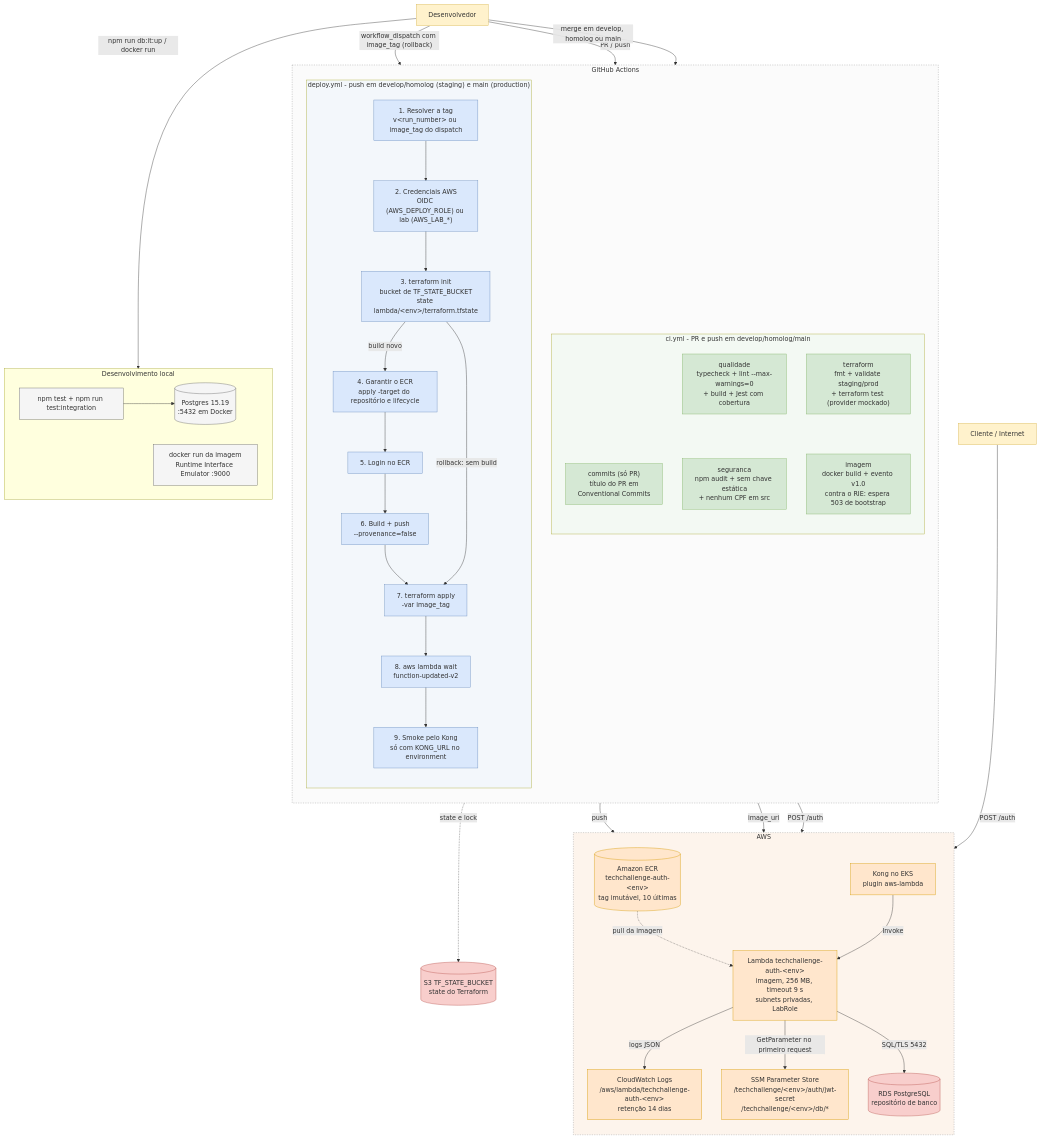
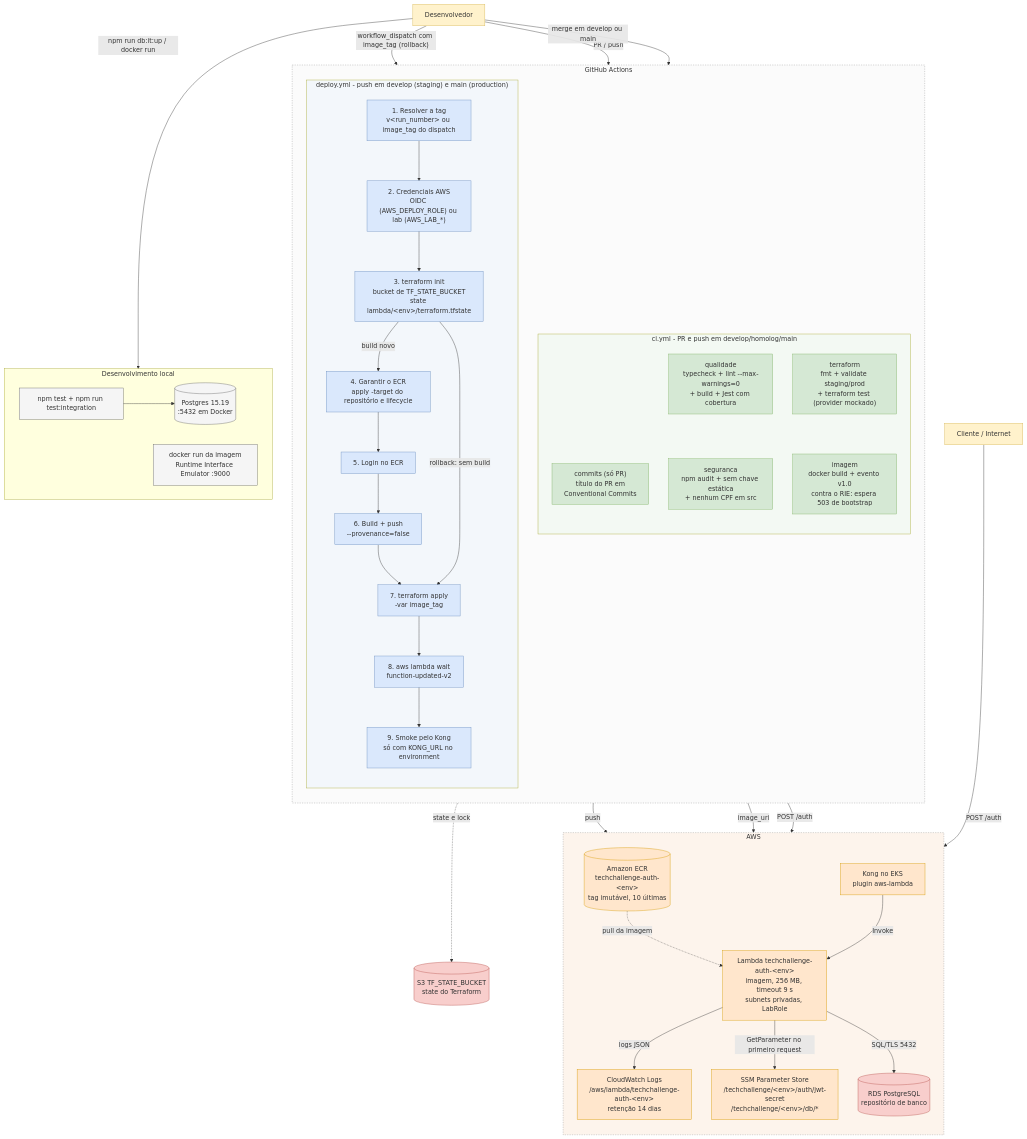
One commit to DevKaue/TechChallange---Function-Serverless changed the diagram in docs/diagrams/03-fluxo-deploy.mmd. Above: the diagram before and after it, drawn with Mermaid. The commit also changed 5 other files, not shown here.

Commit message:
ci: tira a homolog do deploy de staging

```diff
--- a/docs/diagrams/03-fluxo-deploy.mmd
+++ b/docs/diagrams/03-fluxo-deploy.mmd
@@ -1,92 +1,92 @@
 graph TB
     classDef gh fill:#fff2cc,stroke:#d6b656
     classDef ci fill:#d5e8d4,stroke:#82b366
     classDef deploy fill:#dae8fc,stroke:#6c8ebf
     classDef aws fill:#ffe6cc,stroke:#d79b00
     classDef data fill:#f8cecc,stroke:#b85450
     classDef local fill:#f5f5f5,stroke:#666
 
     DEV["Desenvolvedor"]
     CLIENTE["Cliente / Internet"]
 
     subgraph GitHubActions["GitHub Actions"]
         direction TB
 
         subgraph CI["ci.yml - PR e push em develop/homolog/main"]
             direction TB
             C1["commits (só PR)<br/>título do PR em<br/>Conventional Commits"]
             C2["qualidade<br/>typecheck + lint --max-warnings=0<br/>+ build + Jest com cobertura"]
             C3["seguranca<br/>npm audit + sem chave estática<br/>+ nenhum CPF em src"]
             C4["terraform<br/>fmt + validate staging/prod<br/>+ terraform test (provider mockado)"]
             C5["imagem<br/>docker build + evento v1.0<br/>contra o RIE: espera 503 de bootstrap"]
         end
 
-        subgraph DEPLOY["deploy.yml - push em develop/homolog (staging) e main (production)"]
+        subgraph DEPLOY["deploy.yml - push em develop (staging) e main (production)"]
             direction TB
             D1["1. Resolver a tag<br/>v&lt;run_number&gt; ou image_tag do dispatch"]
             D2["2. Credenciais AWS<br/>OIDC (AWS_DEPLOY_ROLE) ou lab (AWS_LAB_*)"]
             D3["3. terraform init<br/>bucket de TF_STATE_BUCKET<br/>state lambda/&lt;env&gt;/terraform.tfstate"]
             D4["4. Garantir o ECR<br/>apply -target do repositório e lifecycle"]
             D5["5. Login no ECR"]
             D6["6. Build + push<br/>--provenance=false"]
             D7["7. terraform apply<br/>-var image_tag"]
             D8["8. aws lambda wait<br/>function-updated-v2"]
             D9["9. Smoke pelo Kong<br/>só com KONG_URL no environment"]
         end
     end
 
     subgraph AWS["AWS"]
         direction TB
         ECR[("Amazon ECR<br/>techchallenge-auth-&lt;env&gt;<br/>tag imutável, 10 últimas")]
         FN["Lambda techchallenge-auth-&lt;env&gt;<br/>imagem, 256 MB, timeout 9 s<br/>subnets privadas, LabRole"]
         LOGS["CloudWatch Logs<br/>/aws/lambda/techchallenge-auth-&lt;env&gt;<br/>retenção 14 dias"]
         SSM["SSM Parameter Store<br/>/techchallenge/&lt;env&gt;/auth/jwt-secret<br/>/techchallenge/&lt;env&gt;/db/*"]
         KONG["Kong no EKS<br/>plugin aws-lambda"]
         RDS[("RDS PostgreSQL<br/>repositório de banco")]
     end
 
     S3[("S3 TF_STATE_BUCKET<br/>state do Terraform")]
 
     subgraph LOCAL["Desenvolvimento local"]
         LT["npm test + npm run test:integration"]
         LDB[("Postgres 15.19<br/>:5432 em Docker")]
         RIE["docker run da imagem<br/>Runtime Interface Emulator :9000"]
     end
 
     DEV -->|"PR / push"| CI
-    DEV -->|"merge em develop, homolog ou main"| DEPLOY
+    DEV -->|"merge em develop ou main"| DEPLOY
     DEV -->|"workflow_dispatch com image_tag (rollback)"| D1
 
     C2 ~~~ C3
     C4 ~~~ C5
 
     D1 --> D2 --> D3
     D3 -->|"build novo"| D4 --> D5 --> D6 --> D7
     D3 -->|"rollback: sem build"| D7
     D7 --> D8 --> D9
 
     D3 -.->|"state e lock"| S3
     D6 -->|"push"| ECR
     D7 -->|"image_uri"| FN
     ECR -.->|"pull da imagem"| FN
     FN -->|"logs JSON"| LOGS
     FN -->|"GetParameter no primeiro request"| SSM
     FN -->|"SQL/TLS 5432"| RDS
     KONG -->|"Invoke"| FN
     D9 -->|"POST /auth"| KONG
     CLIENTE -->|"POST /auth"| KONG
 
     DEV -->|"npm run db:it:up / docker run"| LOCAL
     LT --> LDB
 
     style GitHubActions fill:#fbfbfb,stroke:#999,stroke-dasharray:3
     style AWS fill:#fdf4ec,stroke:#999,stroke-dasharray:3
     style CI fill:#f3f9f3
     style DEPLOY fill:#f3f7fb
 
     class DEV,CLIENTE gh
     class C1,C2,C3,C4,C5 ci
     class D1,D2,D3,D4,D5,D6,D7,D8,D9 deploy
     class ECR,FN,LOGS,SSM,KONG aws
     class RDS,S3 data
     class LT,LDB,RIE local
```
